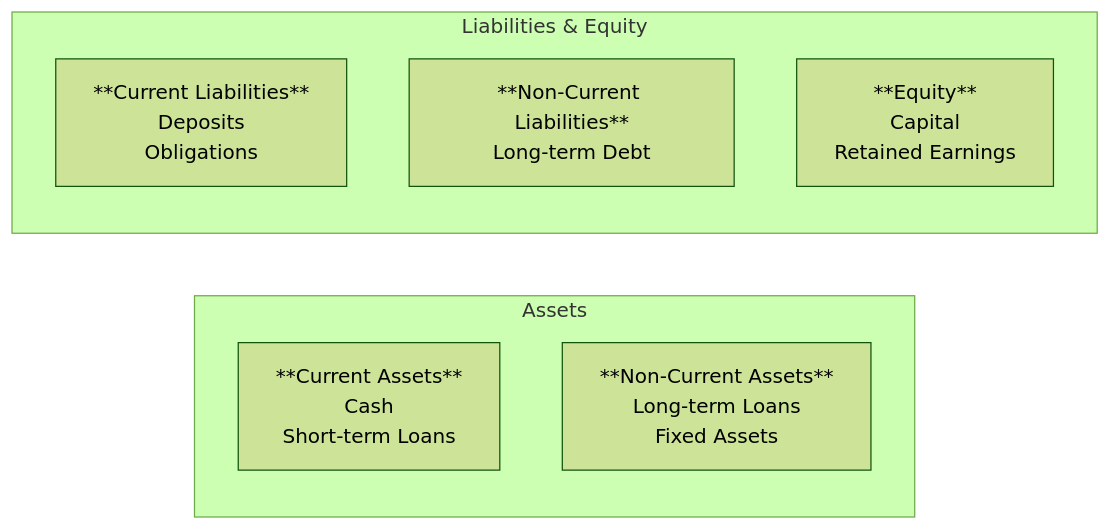
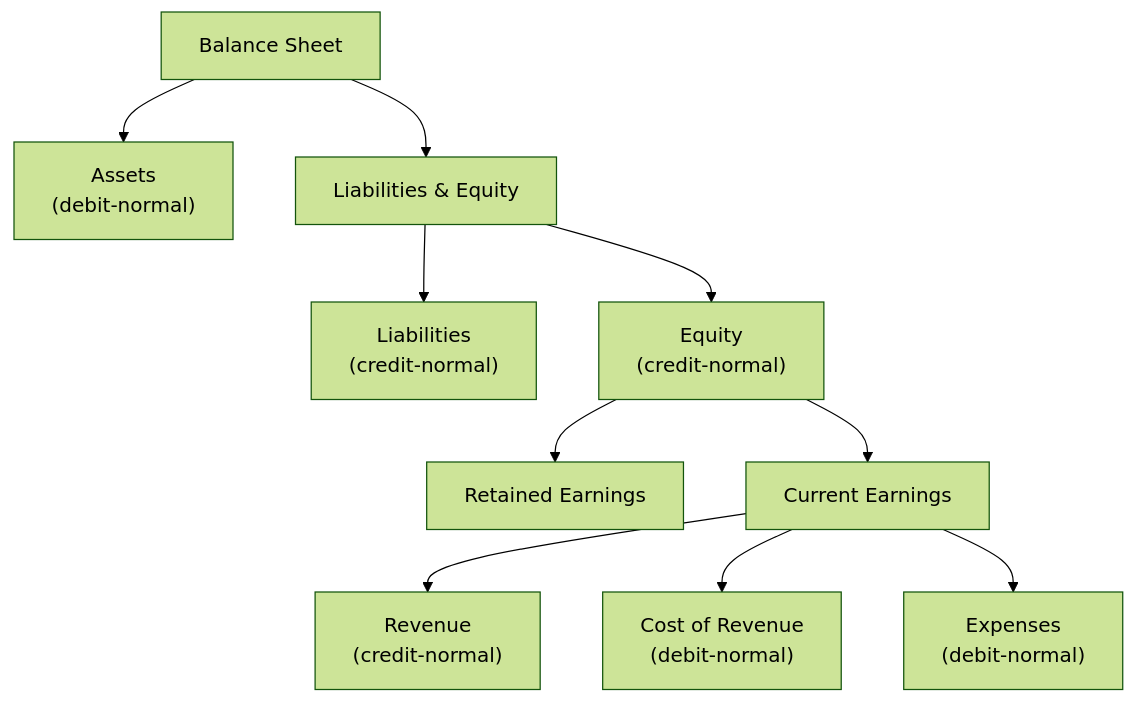
The diagram in docs-site/docs/technical-documentation/reporting/financial-reports.md (GaloyMoney/lana-bank), drawn with Mermaid (forest theme) before and after one commit. The commit also changed other lines of this file and 19 other files, not shown here.

````diff
--- a/docs-site/docs/technical-documentation/reporting/financial-reports.md
+++ b/docs-site/docs/technical-documentation/reporting/financial-reports.md
@@ -34,12 +39,13 @@
 ```mermaid
-graph LR
-    subgraph Assets
-        CA["**Current Assets**<br/>Cash<br/>Short-term Loans"]
-        NCA["**Non-Current Assets**<br/>Long-term Loans<br/>Fixed Assets"]
-    end
-    subgraph LiabilitiesAndEquity["Liabilities & Equity"]
-        CL["**Current Liabilities**<br/>Deposits<br/>Obligations"]
-        NCL["**Non-Current Liabilities**<br/>Long-term Debt"]
-        EQ["**Equity**<br/>Capital<br/>Retained Earnings"]
-    end
+graph TD
+    ROOT["Balance Sheet"]
+    ROOT --> A["Assets<br/>(debit-normal)"]
+    ROOT --> LE["Liabilities & Equity"]
+    LE --> L["Liabilities<br/>(credit-normal)"]
+    LE --> E["Equity<br/>(credit-normal)"]
+    E --> RE["Retained Earnings"]
+    E --> CE["Current Earnings"]
+    CE --> REV["Revenue<br/>(credit-normal)"]
+    CE --> COR["Cost of Revenue<br/>(debit-normal)"]
+    CE --> EXP["Expenses<br/>(debit-normal)"]
 ```
````
